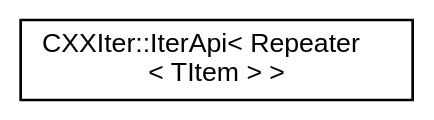
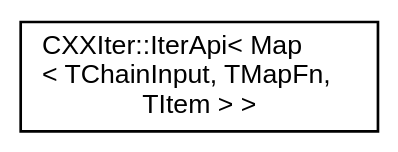
The diagram in inherit_graph_11.dot (seijikun/CXXIter), drawn with Graphviz before and after one commit. The commit also changed 78 other files, not shown here.

```diff
--- a/inherit_graph_11.dot
+++ b/inherit_graph_11.dot
@@ -1,10 +1,10 @@
 digraph "Graphical Class Hierarchy"
 {
  // INTERACTIVE_SVG=YES
  // LATEX_PDF_SIZE
   bgcolor="transparent";
   edge [fontname="Helvetica",fontsize="10",labelfontname="Helvetica",labelfontsize="10"];
   node [fontname="Helvetica",fontsize="10",shape=record];
   rankdir="LR";
-  Node0 [label="CXXIter::IterApi\< Repeater\l\< TItem \> \>",height=0.2,width=0.4,color="black",URL="$classCXXIter_1_1IterApi.html",tooltip=" "];
+  Node0 [label="CXXIter::IterApi\< Map\l\< TChainInput, TMapFn,\l TItem \> \>",height=0.2,width=0.4,color="black",URL="$classCXXIter_1_1IterApi.html",tooltip=" "];
 }
```
